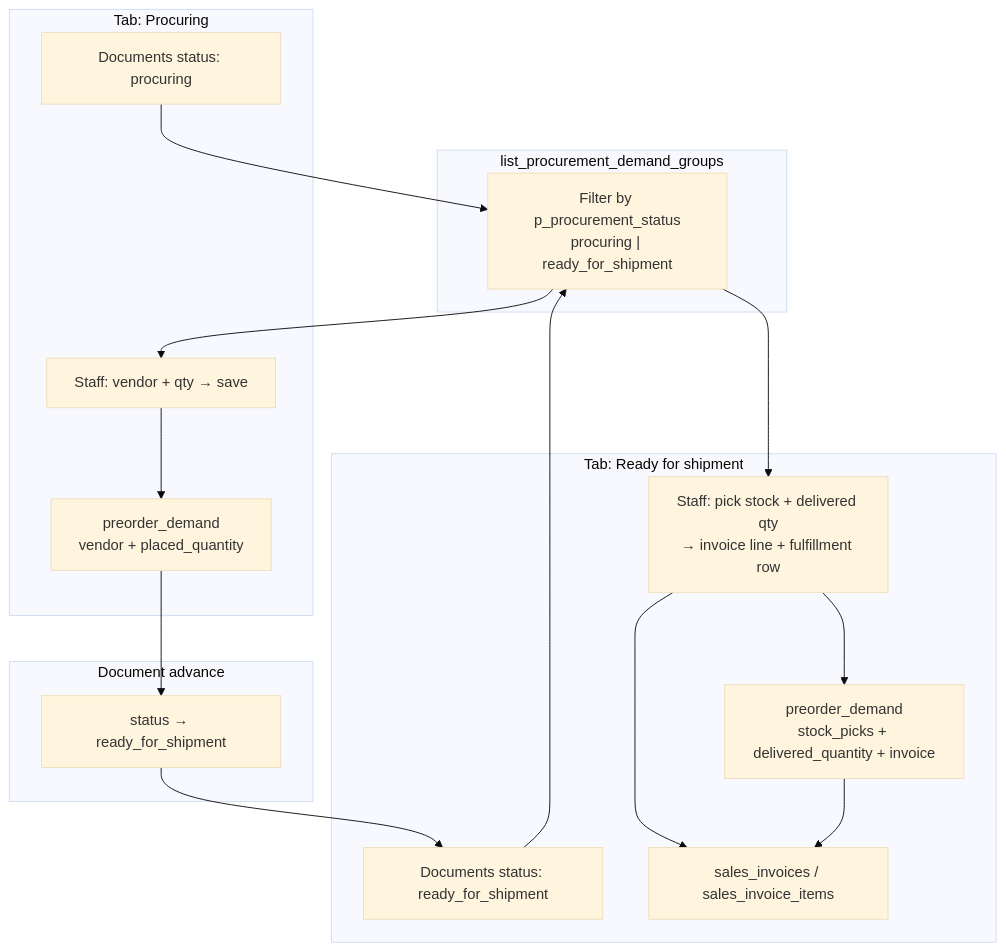
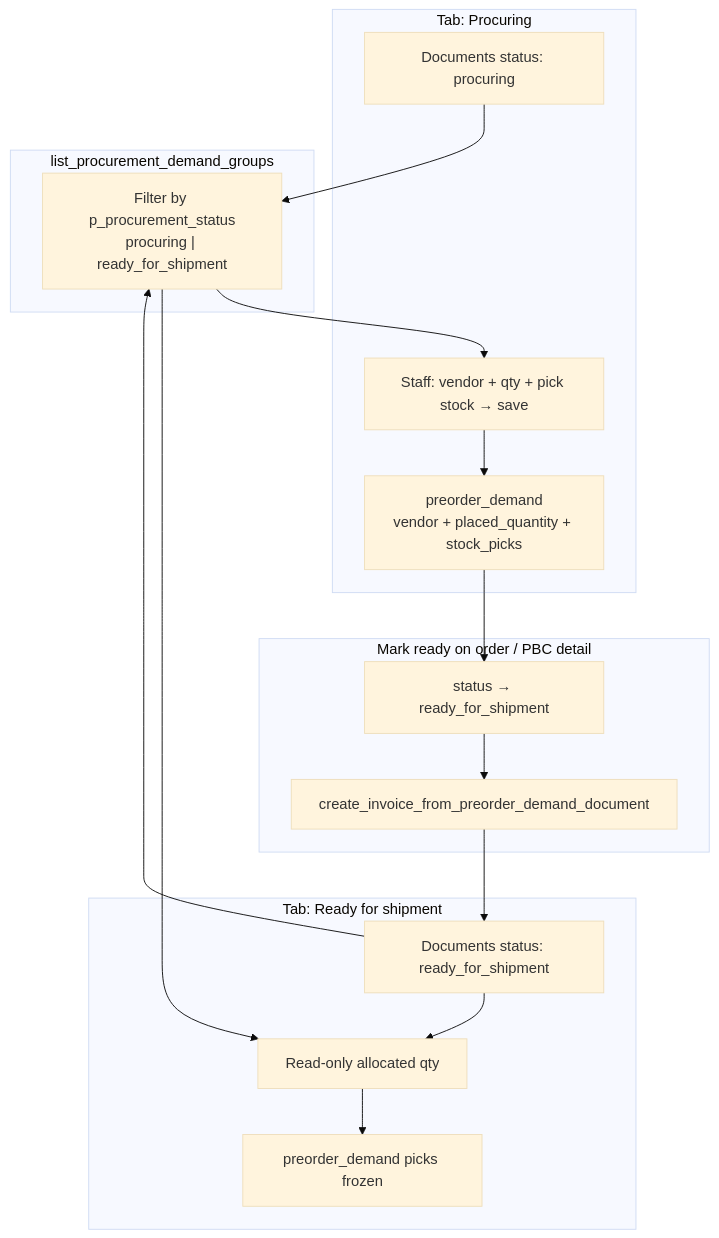
The diagram in doc/shop_order/PROCUREMENT_DEMAND_LIST.md (david-git-2/brandwala-wholesale-quasar-v2), drawn with Mermaid (base theme) before and after one commit. The commit also changed other lines of this file and 9 other files, not shown here.

````diff
--- a/doc/shop_order/PROCUREMENT_DEMAND_LIST.md
+++ b/doc/shop_order/PROCUREMENT_DEMAND_LIST.md
@@ -34,34 +34,34 @@
 ```mermaid
 flowchart TD
   subgraph Tab1 ["Tab: Procuring"]
     SO1["Documents status: procuring"]
-    PP["preorder_demand<br/>vendor + placed_quantity"]
-    ACT1["Staff: vendor + qty → save"]
+    PP["preorder_demand<br/>vendor + placed_quantity + stock_picks"]
+    ACT1["Staff: vendor + qty + pick stock → save"]
   end
 
-  subgraph Advance ["Document advance"]
+  subgraph Advance ["Mark ready on order / PBC detail"]
     RFS["status → ready_for_shipment"]
+    INV["create_invoice_from_preorder_demand_document"]
   end
 
   subgraph Tab2 ["Tab: Ready for shipment"]
     SO2["Documents status: ready_for_shipment"]
-    PF["preorder_demand<br/>stock_picks + delivered_quantity + invoice"]
-    INV["sales_invoices / sales_invoice_items"]
-    ACT2["Staff: pick stock + delivered qty<br/>→ invoice line + fulfillment row"]
+    PF["preorder_demand picks frozen"]
+    ACT2["Read-only allocated qty"]
   end
 
   subgraph RPC ["list_procurement_demand_groups"]
     LIST["Filter by p_procurement_status<br/>procuring | ready_for_shipment"]
   end
 
   SO1 --> LIST
   SO2 --> LIST
   LIST --> ACT1
   LIST --> ACT2
   ACT1 --> PP
   PP --> RFS
-  RFS --> SO2
+  RFS --> INV
+  INV --> SO2
+  SO2 --> ACT2
   ACT2 --> PF
-  ACT2 --> INV
-  PF --> INV
 ```
````
